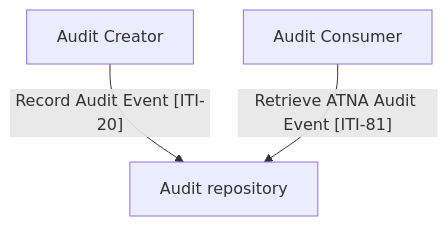
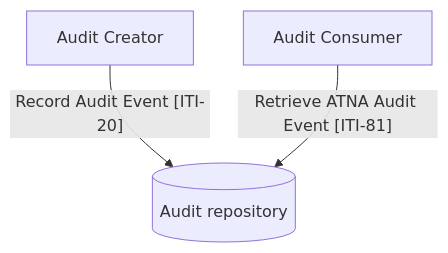
Before and after one commit to uk-gov-mirror/nw-gmsa.nw-gmsa.github.com: the second of 2 diagrams in input/pagecontent/security.md, drawn with Mermaid.

Commit message:
Specimen

````diff
--- a/input/pagecontent/security.md
+++ b/input/pagecontent/security.md
@@ -82,10 +82,10 @@
 ```mermaid
 graph TD;
 
 creator[Audit Creator]
-repository[Audit repository]
+repository[(Audit repository)]
 consumer[Audit Consumer]
 
 creator --> |"Record Audit Event [ITI-20]"| repository
 consumer --> |"Retrieve ATNA Audit Event [ITI-81]"| repository
 ```
````
